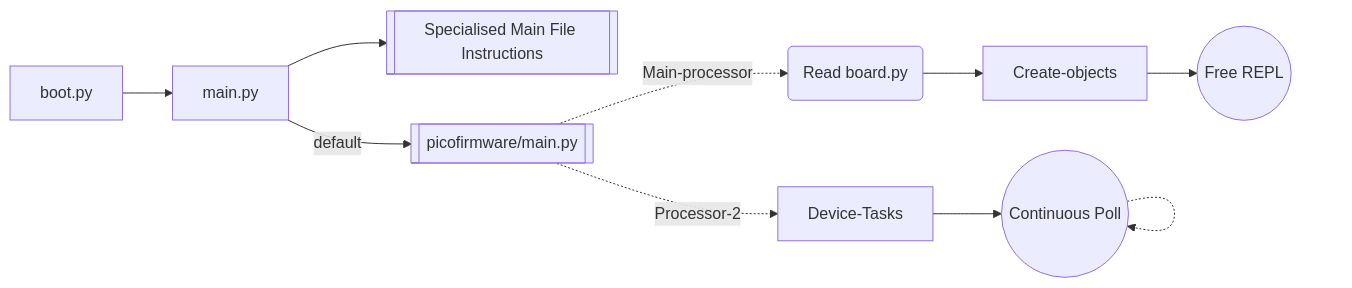
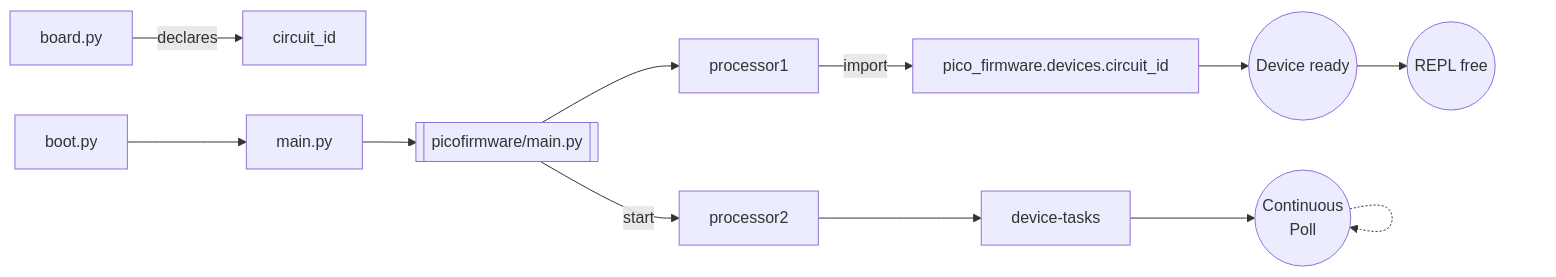
Before and after one commit to Trappy-Scopes/pico_firmware: the first of 2 diagrams in README.md, drawn with Mermaid. The commit also changed other lines of this file, not shown here.

````diff
--- a/README.md
+++ b/README.md
@@ -22,8 +52,8 @@
 ```mermaid
 graph LR
-	boot.py --> main.py --> main_special[[Specialised Main File Instructions]]
-						  main.py --default--> main[[picofirmware/main.py]]
-						  
-						  main -.Main-processor.-> board(Read board.py)  --> Create-objects --> FreeREPL((Free REPL))
-						  main -.Processor-2.->    Device-Tasks --> ContinuousPoll((Continuous Poll)) -.-> ContinuousPoll
+  board.py --declares--> circuit_id 
+	boot.py --> main.py --> main[[picofirmware/main.py]] --> processor1 --import--> 
+	devicespec[pico_firmware.devices.circuit_id] -->  DR((Device ready)) --> repl((REPL free))
+  main --start--> processor2						  
+	processor2	--> device-tasks --> ContinuousPoll((Continuous<br>Poll)) -.-> ContinuousPoll
 ```
````
